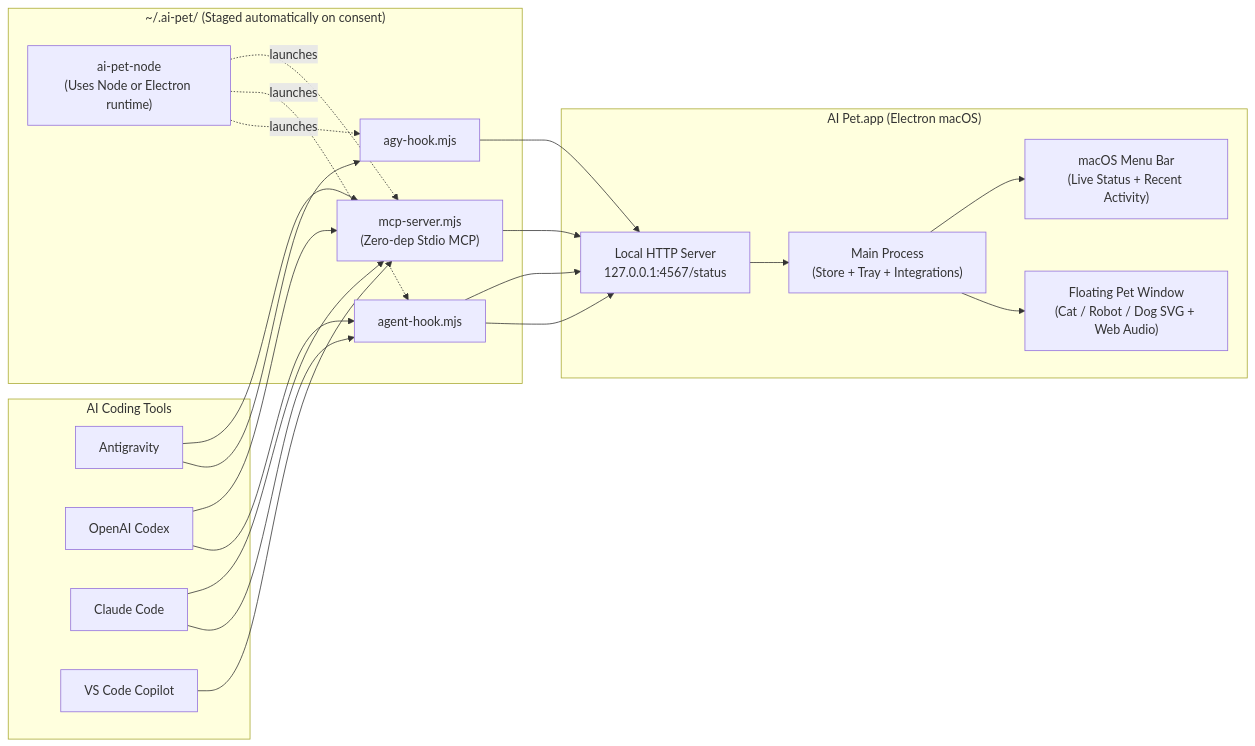
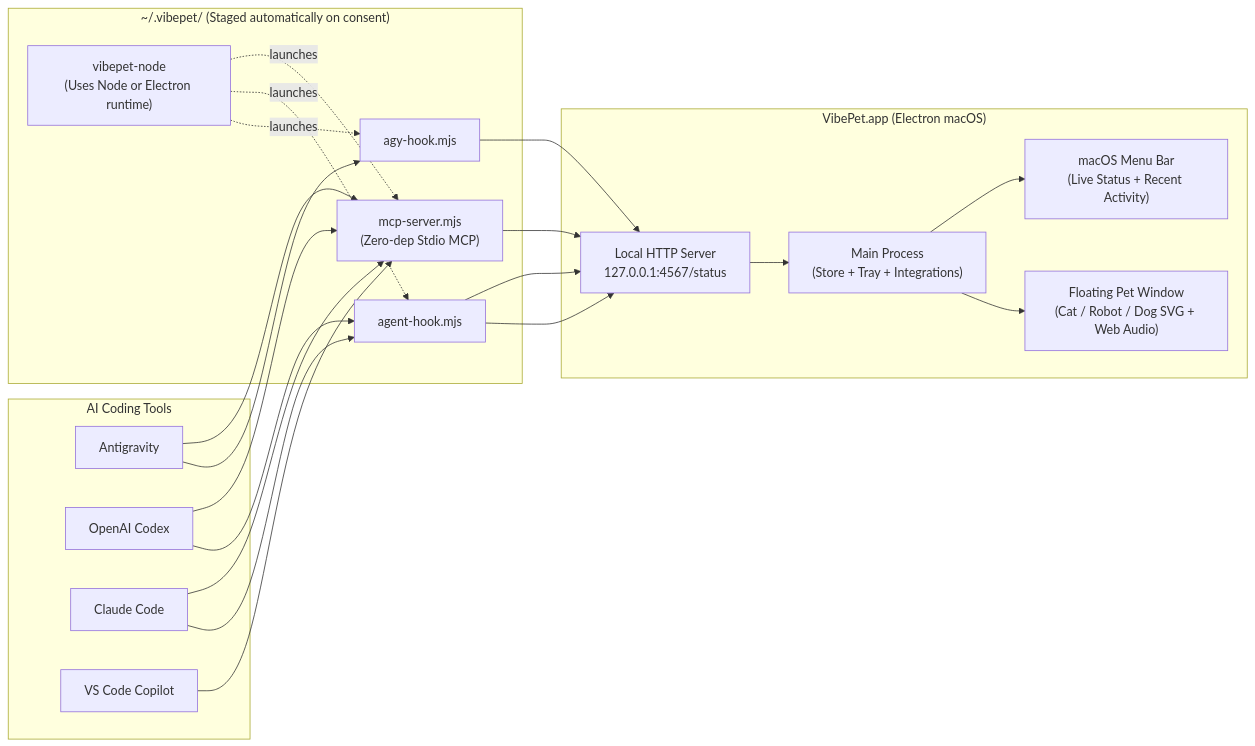
The diagram in README.md (nattapoltongsom/VibePet), drawn with Mermaid before and after one commit. The commit also changed other lines of this file and 9 other files, not shown here.

Commit message:
refactor: rebrand to VibePet, migrate to strict TypeScript, and add active model badge

````diff
--- a/README.md
+++ b/README.md
@@ -62,32 +62,32 @@
 ```mermaid
 flowchart LR
   subgraph IDEs["AI Coding Tools"]
     A["Antigravity"]
     B["OpenAI Codex"]
     C["Claude Code"]
     D["VS Code Copilot"]
   end
 
-  subgraph Runtime["~/.ai-pet/ (Staged automatically on consent)"]
-    R["ai-pet-node<br/>(Uses Node or Electron runtime)"]
+  subgraph Runtime["~/.vibepet/ (Staged automatically on consent)"]
+    R["vibepet-node<br/>(Uses Node or Electron runtime)"]
     H1["agy-hook.mjs"]
     H2["agent-hook.mjs"]
     M["mcp-server.mjs<br/>(Zero-dep Stdio MCP)"]
   end
 
-  subgraph App["AI Pet.app (Electron macOS)"]
+  subgraph App["VibePet.app (Electron macOS)"]
     HTTP["Local HTTP Server<br/>127.0.0.1:4567/status"]
     MAIN["Main Process<br/>(Store + Tray + Integrations)"]
     PET["Floating Pet Window<br/>(Cat / Robot / Dog SVG + Web Audio)"]
     BAR["macOS Menu Bar<br/>(Live Status + Recent Activity)"]
   end
 
   A --> H1 --> HTTP
   B --> H2 --> HTTP
   C --> H2 --> HTTP
   A & B & C & D --> M --> HTTP
   R -. launches .-> H1 & H2 & M
   HTTP --> MAIN
   MAIN --> PET
   MAIN --> BAR
 ```
````
